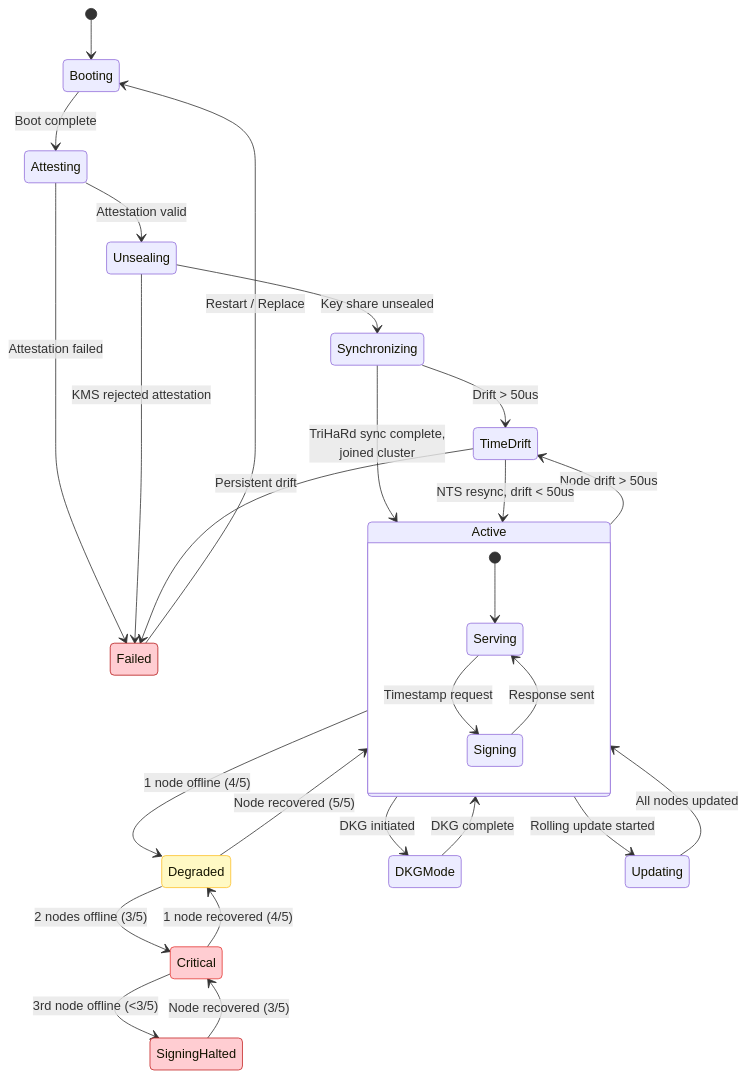
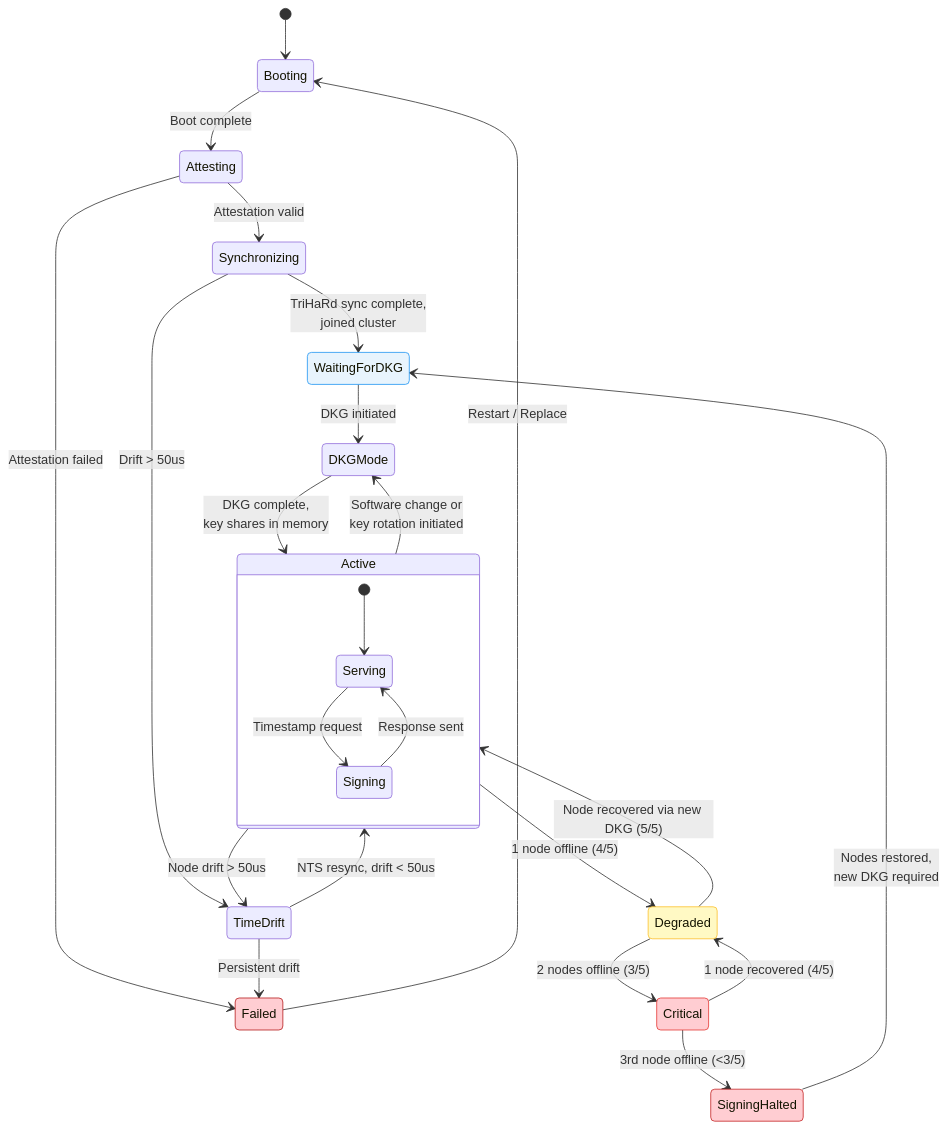
The fourth of 7 diagrams in docs/05-operations-and-deployment.md (NickBorgers/confidential-computing-tsa), drawn with Mermaid before and after one commit. The commit also changed other lines of this file and 1 other file, not shown here.

First line of the commit message:
Adopt immutable software + ephemeral key model (Phase 2)

````diff
--- a/docs/05-operations-and-deployment.md
+++ b/docs/05-operations-and-deployment.md
@@ -513,43 +518,41 @@
 ```mermaid
 stateDiagram-v2
     [*] --> Booting
 
     Booting --> Attesting: Boot complete
-    Attesting --> Unsealing: Attestation valid
+    Attesting --> Synchronizing: Attestation valid
     Attesting --> Failed: Attestation failed
-    Unsealing --> Synchronizing: Key share unsealed
-    Unsealing --> Failed: KMS rejected attestation
-    Synchronizing --> Active: TriHaRd sync complete,<br/>joined cluster
+    Synchronizing --> WaitingForDKG: TriHaRd sync complete,<br/>joined cluster
     Synchronizing --> TimeDrift: Drift > 50us
 
+    WaitingForDKG --> DKGMode: DKG initiated
+    DKGMode --> Active: DKG complete,<br/>key shares in memory
+
     Active --> Degraded: 1 node offline (4/5)
-    Degraded --> Active: Node recovered (5/5)
+    Degraded --> Active: Node recovered via new DKG (5/5)
     Degraded --> Critical: 2 nodes offline (3/5)
     Critical --> Degraded: 1 node recovered (4/5)
     Critical --> SigningHalted: 3rd node offline (<3/5)
-    SigningHalted --> Critical: Node recovered (3/5)
+    SigningHalted --> WaitingForDKG: Nodes restored,<br/>new DKG required
 
-    Active --> DKGMode: DKG initiated
-    DKGMode --> Active: DKG complete
-
-    Active --> Updating: Rolling update started
-    Updating --> Active: All nodes updated
+    Active --> DKGMode: Software change or<br/>key rotation initiated
 
     Active --> TimeDrift: Node drift > 50us
     TimeDrift --> Active: NTS resync, drift < 50us
     TimeDrift --> Failed: Persistent drift
 
     Failed --> Booting: Restart / Replace
 
     state Active {
         [*] --> Serving
         Serving --> Signing: Timestamp request
         Signing --> Serving: Response sent
     }
 
     style Active fill:#c8e6c9,stroke:#4caf50
+    style WaitingForDKG fill:#e8f4fd,stroke:#2196f3
     style Degraded fill:#fff9c4,stroke:#fbc02d
     style Critical fill:#ffcdd2,stroke:#e53935
     style SigningHalted fill:#ffcdd2,stroke:#c62828
     style Failed fill:#ffcdd2,stroke:#b71c1c
 ```
````
